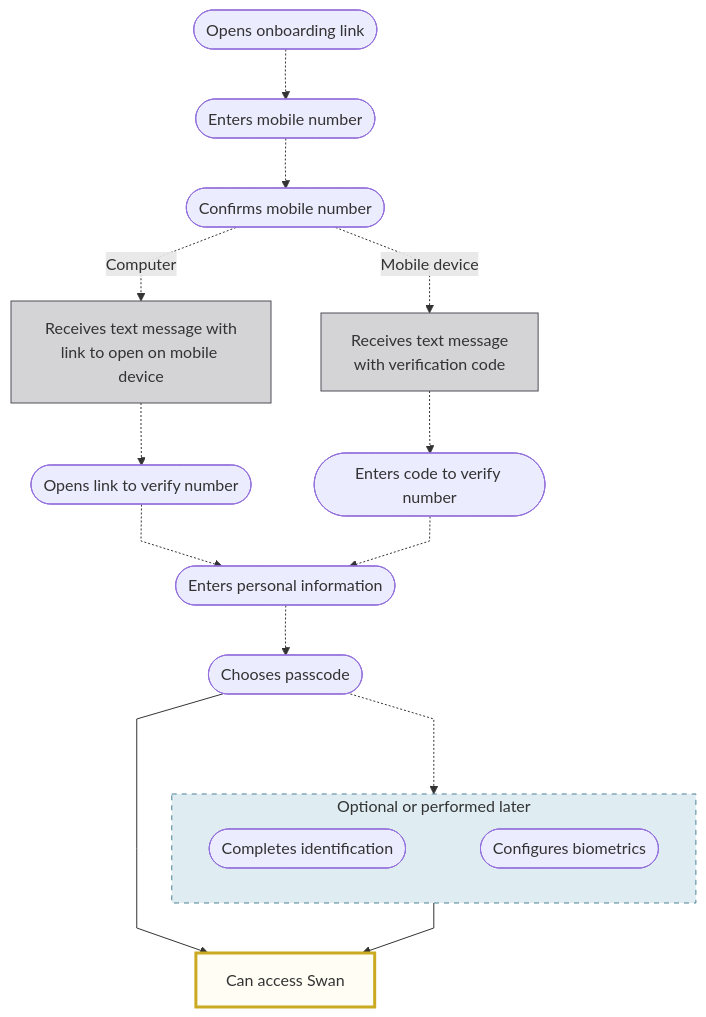
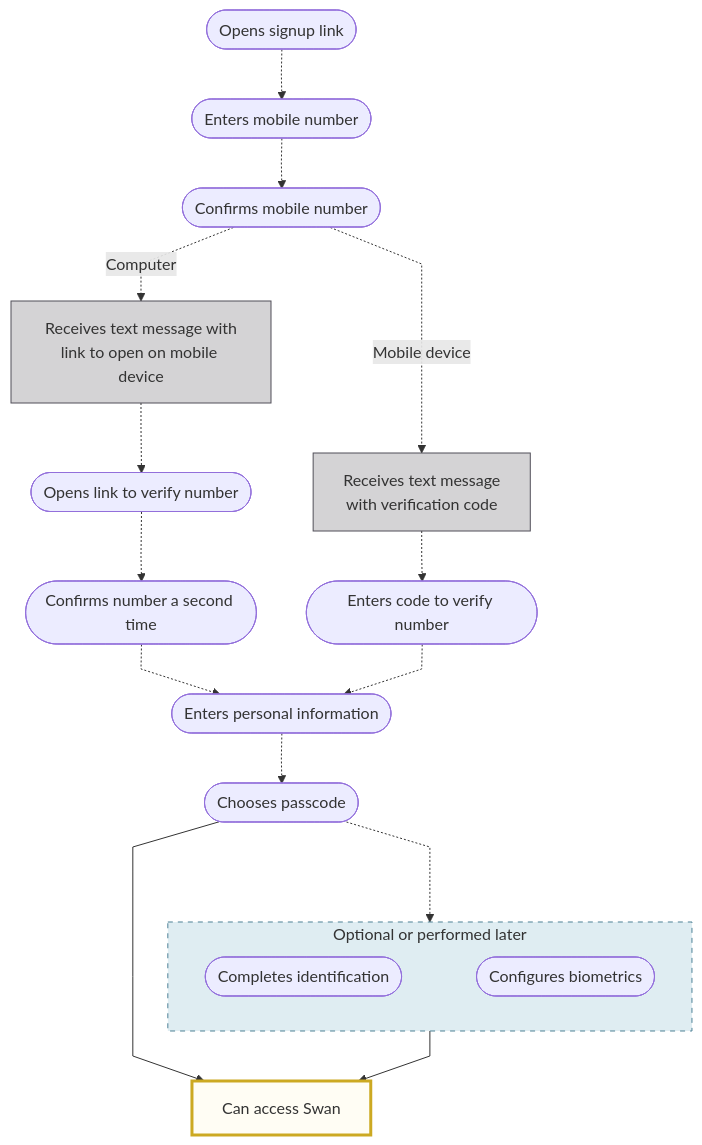
The diagram in docs/topics/users/index.mdx (swan-io/docs), drawn with Mermaid before and after one commit. The commit also changed other lines of this file and 6 other files, not shown here.

````diff
--- a/docs/topics/users/index.mdx
+++ b/docs/topics/users/index.mdx
@@ -45,24 +46,25 @@
 ```mermaid
 %%{ init: { 'flowchart': { 'curve': 'linear' } } }%%
 flowchart TB
-    OOL([Opens onboarding link]) -.-> M([Enters mobile number])
+    SUL([Opens signup link]) -.-> M([Enters mobile number])
     M -.-> C([Confirms mobile number])
     C -.Computer.-> CO[Receives text message with<br />link to open on mobile device]
     C -.Mobile device.-> MD[Receives text message<br />with verification code]
     CO -.-> CO2([Opens link to verify number])
+    CO2 -.-> CO3([Confirms number a second time])
     MD -.-> MD2([Enters code to verify number])
-    CO2 -.-> PI([Enters personal information])
+    CO3 -.-> PI([Enters personal information])
     MD2 -.-> PI
     PI -.-> P([Chooses passcode])
     P -.-> O
     O --> S[Can access Swan]
     P ----> S
     subgraph O[Optional or performed later]
         direction LR
         IV([Completes identification]) ~~~ B([Configures biometrics])
     end
     style CO fill:#D4D3D5,stroke:#514F59
     style MD fill:#D4D3D5,stroke:#514F59
     style S fill:#fffdf4,stroke:#cca922,stroke-width:3px
     style O fill:#dfedf2,stroke:#4d8296,stroke-dasharray: 5 5
 ```
````
